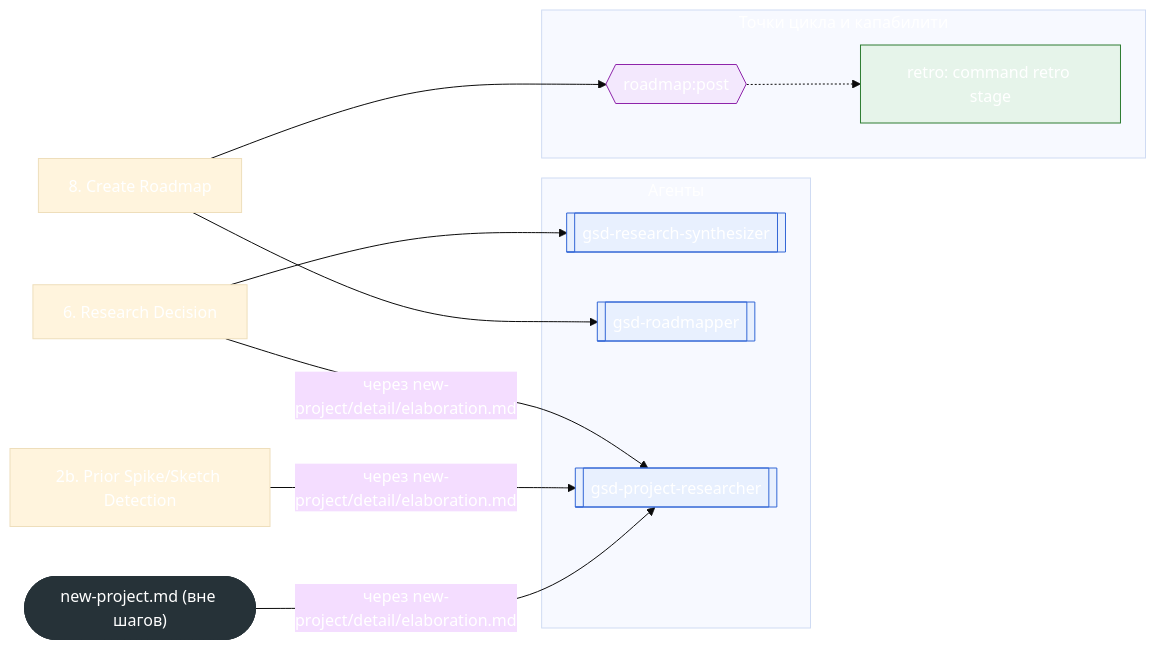
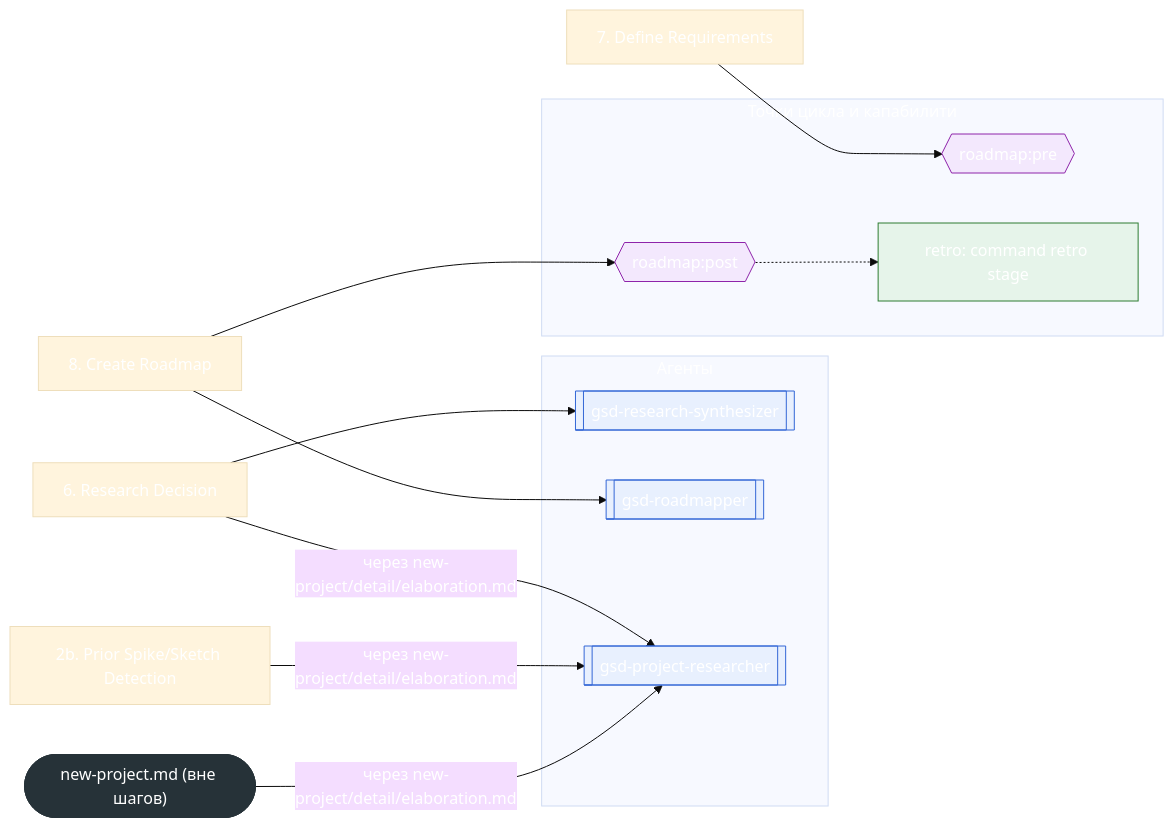
The second of 2 diagrams in docs/reference/workflow-maps/new-project.md (Govorin/gsd-core), drawn with Mermaid (base theme) before and after one commit. The commit also changed other lines of this file and 26 other files, not shown here.

First line of the commit message:
feat(loop): add roadmap:pre between requirements and the roadmapper

````diff
--- a/docs/reference/workflow-maps/new-project.md
+++ b/docs/reference/workflow-maps/new-project.md
@@ -89,33 +89,36 @@
 ```mermaid
 flowchart LR
   subgraph g_agents["Агенты"]
     a_gsd_research_synthesizer[["gsd-research-synthesizer"]]:::agent
     a_gsd_roadmapper[["gsd-roadmapper"]]:::agent
     a_gsd_project_researcher[["gsd-project-researcher"]]:::agent
   end
   subgraph g_points["Точки цикла и капабилити"]
+    p_roadmap_pre{{"roadmap#58;pre"}}:::point
     p_roadmap_post{{"roadmap#58;post"}}:::point
     c_roadmap_post_retro_command_retro_stage["retro#58; command retro stage"]:::capability
   end
   wf_root(["new-project.md (вне шагов)"]):::root
   u_heading_2b__Prior_Spike_Sketch_Detection["2b. Prior Spike/Sketch Detection"]
   u_heading_6__Research_Decision["6. Research Decision"]
+  u_heading_7__Define_Requirements["7. Define Requirements"]
   u_heading_8__Create_Roadmap["8. Create Roadmap"]
   u_heading_6__Research_Decision --> a_gsd_research_synthesizer
   u_heading_8__Create_Roadmap --> a_gsd_roadmapper
   wf_root -->|"через new-project/detail/elaboration.md"| a_gsd_project_researcher
   u_heading_2b__Prior_Spike_Sketch_Detection -->|"через new-project/detail/elaboration.md"| a_gsd_project_researcher
   u_heading_6__Research_Decision -->|"через new-project/detail/elaboration.md"| a_gsd_project_researcher
+  u_heading_7__Define_Requirements --> p_roadmap_pre
   p_roadmap_post -.-> c_roadmap_post_retro_command_retro_stage
   u_heading_8__Create_Roadmap --> p_roadmap_post
   classDef missing fill:#fdecea,stroke:#d33,stroke-dasharray:4 3
   classDef unparsed fill:#f5f5f5,stroke:#999999,stroke-dasharray:4 3,color:#555
   classDef conditional fill:#fff8e1,stroke:#b28704
   classDef root fill:#263238,color:#ffffff,stroke:#263238
   classDef agent fill:#e8f0fe,stroke:#3367d6
   classDef builtin fill:#eeeeee,stroke:#777777
   classDef capability fill:#e6f4ea,stroke:#2e7d32
   classDef dynamic fill:#f2f2f2,stroke:#888,stroke-dasharray:2 2
   classDef point fill:#f3e8fd,stroke:#8e24aa
   classDef workflow fill:#ffffff,stroke:#555555
 ```
````
